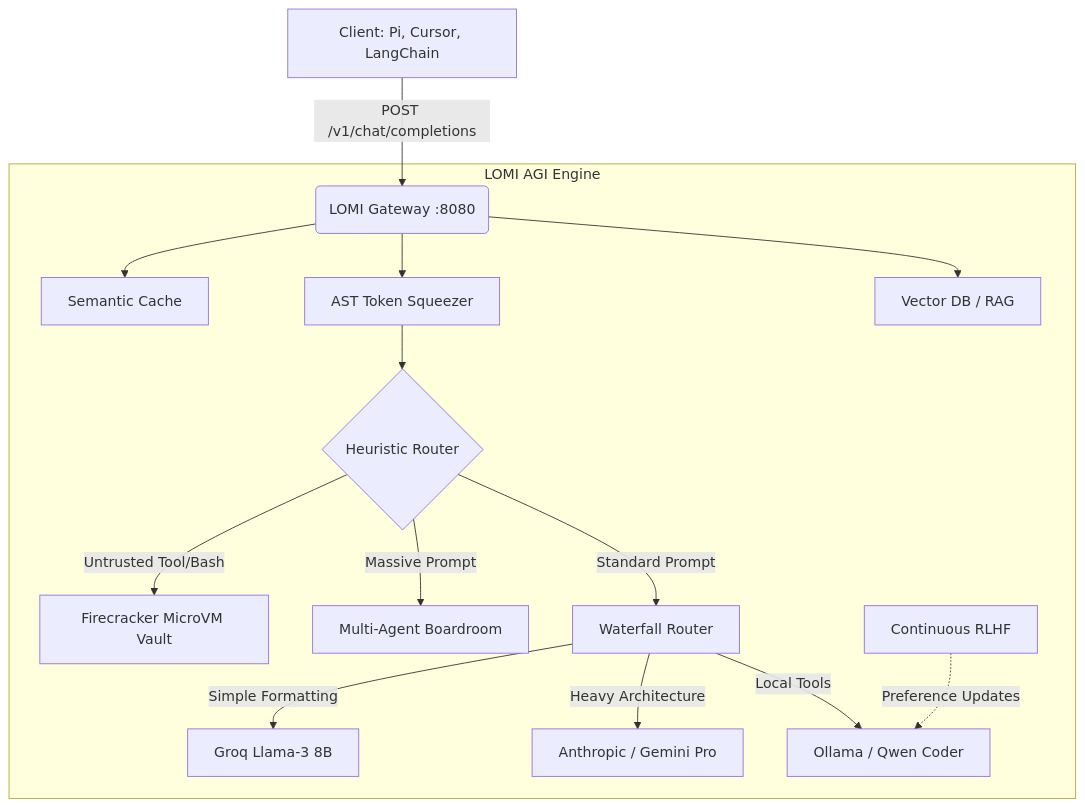
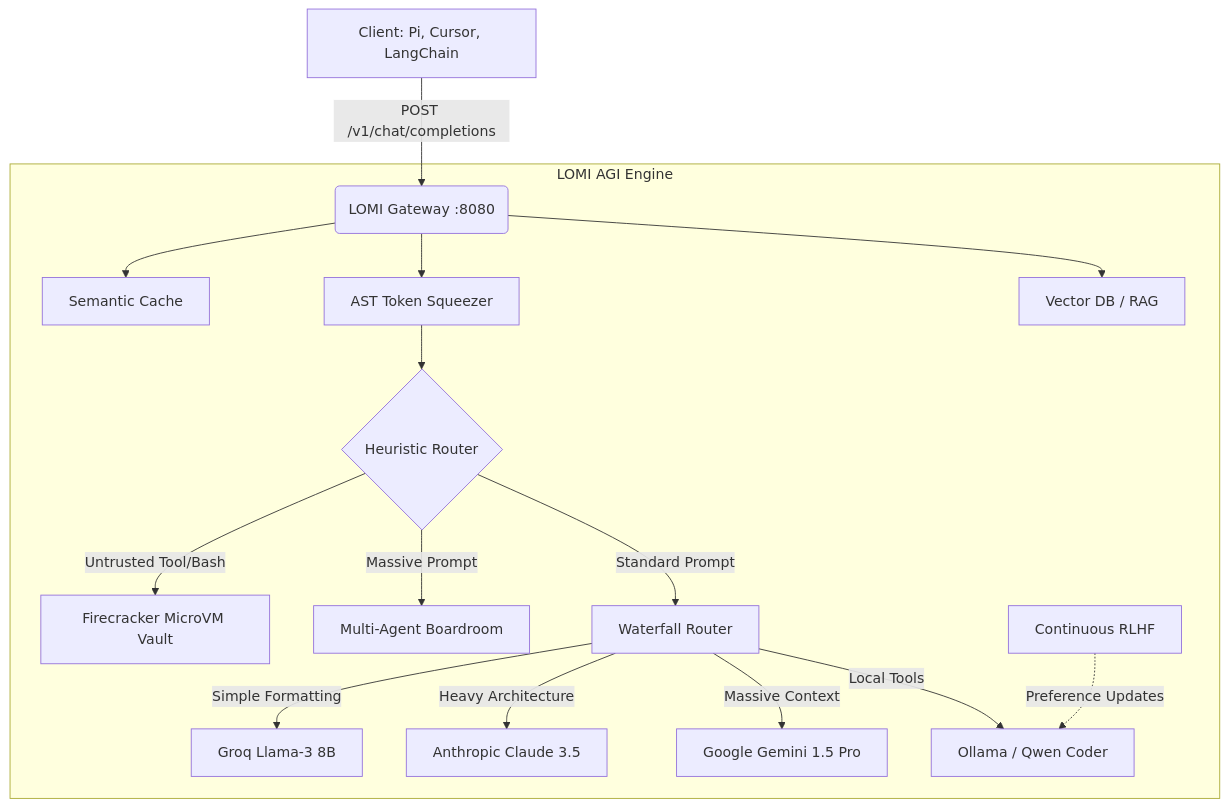
The diagram in README.md (CharleGutierrez/lomi), drawn with Mermaid before and after one commit. The commit also changed other lines of this file and 1 other file, not shown here.

Commit message:
feat: upgrade Universal Router with native Claude 3.5 and Gemini 1.5 Pro support

````diff
--- a/README.md
+++ b/README.md
@@ -58,21 +58,22 @@
 ```mermaid
 graph TD
     Client[Client: Pi, Cursor, LangChain] -->|POST /v1/chat/completions| LomiGateway(LOMI Gateway :8080)
     
     subgraph LOMI AGI Engine
         LomiGateway --> Cache[Semantic Cache]
         LomiGateway --> AST[AST Token Squeezer]
         LomiGateway --> RAG[Vector DB / RAG]
         
         AST --> Decision{Heuristic Router}
         Decision -->|Untrusted Tool/Bash| Vault[Firecracker MicroVM Vault]
         Decision -->|Massive Prompt| Boardroom[Multi-Agent Boardroom]
         Decision -->|Standard Prompt| Waterfall[Waterfall Router]
         
         Waterfall -->|Simple Formatting| Groq[Groq Llama-3 8B]
-        Waterfall -->|Heavy Architecture| Claude[Anthropic / Gemini Pro]
+        Waterfall -->|Heavy Architecture| Claude[Anthropic Claude 3.5]
+        Waterfall -->|Massive Context| Gemini[Google Gemini 1.5 Pro]
         Waterfall -->|Local Tools| Local[Ollama / Qwen Coder]
         
         RLHF[Continuous RLHF] -.->|Preference Updates| Local
     end
 ```
````
